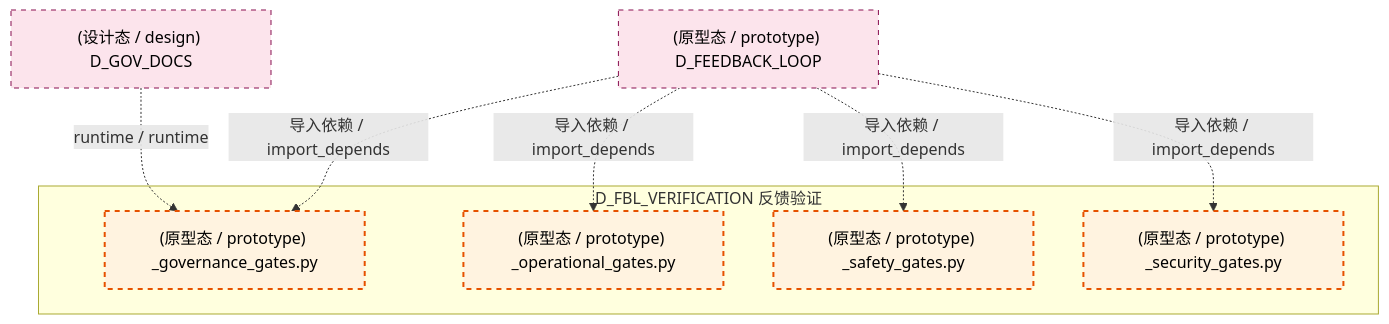
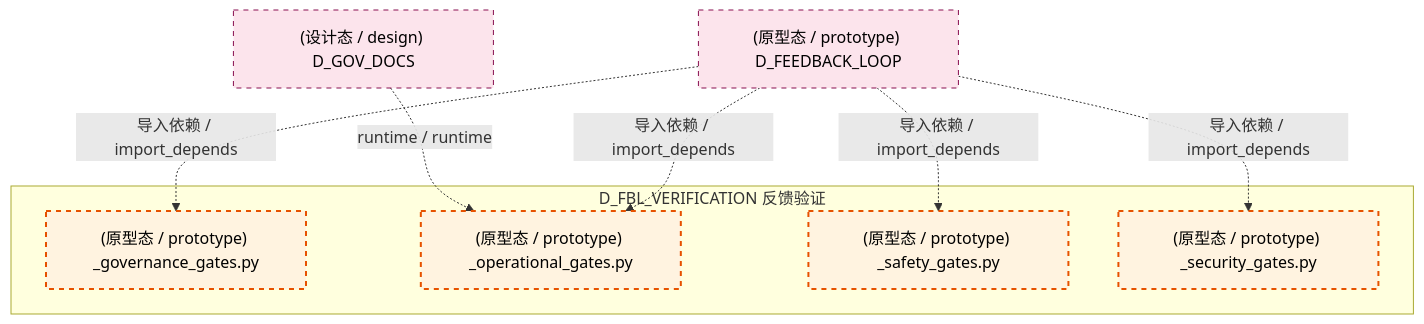
One commit to xuanFelixVan/ZephyrAlpha changed the fifth of 6 diagrams in docs/02_enterprise_architecture/02_domain_architecture_docs/13_d_fbl_verification.md. Above: the diagram before and after it, drawn with Mermaid. The commit also changed other lines of this file and 98 other files, not shown here.

````diff
--- a/docs/02_enterprise_architecture/02_domain_architecture_docs/13_d_fbl_verification.md
+++ b/docs/02_enterprise_architecture/02_domain_architecture_docs/13_d_fbl_verification.md
@@ -417,22 +422,22 @@
 ```mermaid
 graph TD
     subgraph D_FBL_VERIFICATION["D_FBL_VERIFICATION 反馈验证"]
         src_zephyr_feedback_loop_gates_governance_gates_py["(原型态 / prototype) _governance_gates.py"]
         src_zephyr_feedback_loop_gates_operational_gates_py["(原型态 / prototype) _operational_gates.py"]
         src_zephyr_feedback_loop_gates_safety_gates_py["(原型态 / prototype) _safety_gates.py"]
         src_zephyr_feedback_loop_gates_security_gates_py["(原型态 / prototype) _security_gates.py"]
     end
     D_GOV_DOCS["(设计态 / design) D_GOV_DOCS"]
-    D_GOV_DOCS -.->|runtime / runtime| src_zephyr_feedback_loop_gates_governance_gates_py
+    D_GOV_DOCS -.->|runtime / runtime| src_zephyr_feedback_loop_gates_operational_gates_py
     D_FEEDBACK_LOOP["(原型态 / prototype) D_FEEDBACK_LOOP"]
     D_FEEDBACK_LOOP -.->|导入依赖 / import_depends| src_zephyr_feedback_loop_gates_safety_gates_py
     D_FEEDBACK_LOOP -.->|导入依赖 / import_depends| src_zephyr_feedback_loop_gates_security_gates_py
     D_FEEDBACK_LOOP -.->|导入依赖 / import_depends| src_zephyr_feedback_loop_gates_governance_gates_py
     D_FEEDBACK_LOOP -.->|导入依赖 / import_depends| src_zephyr_feedback_loop_gates_operational_gates_py
     classDef production fill:#e1f5fe,stroke:#01579b,stroke-width:2px,color:#000
     classDef design fill:#fff3e0,stroke:#e65100,stroke-width:2px,color:#000,stroke-dasharray: 5 5
     classDef external_prod fill:#e8f5e9,stroke:#1b5e20,stroke-width:1px,color:#000
     classDef external_design fill:#fce4ec,stroke:#880e4f,stroke-width:1px,color:#000,stroke-dasharray: 5 5
     class src_zephyr_feedback_loop_gates_governance_gates_py,src_zephyr_feedback_loop_gates_operational_gates_py,src_zephyr_feedback_loop_gates_safety_gates_py,src_zephyr_feedback_loop_gates_security_gates_py design
     class D_GOV_DOCS,D_FEEDBACK_LOOP external_design
 ```
````
